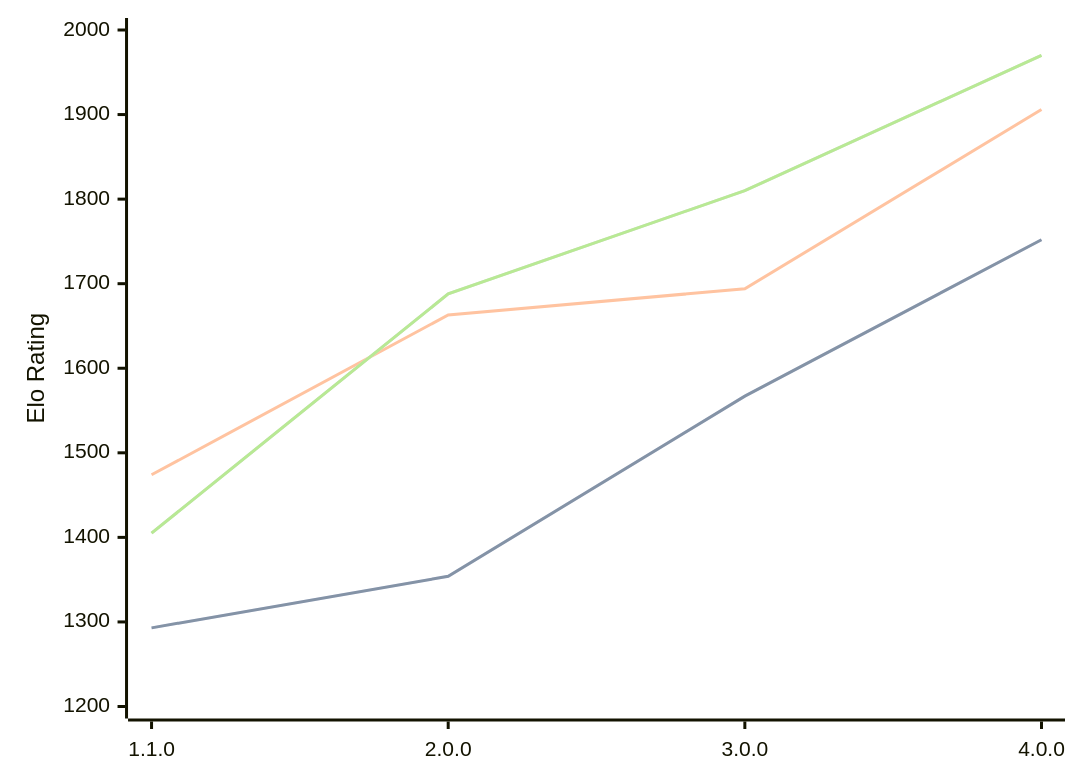
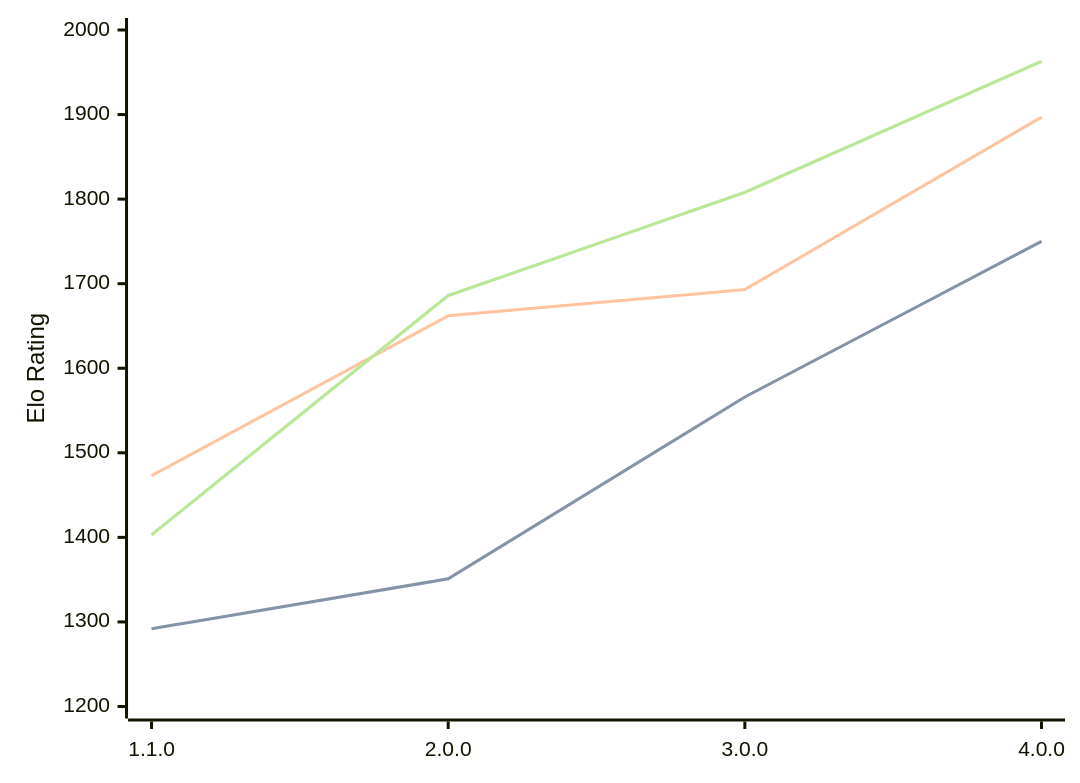
Before and after one commit to computer-chess-index/cci: the diagram in engines/Laura.md, drawn with Mermaid. The commit also changed other lines of this file, not shown here.

Commit message:
Update CCI Ratings (ELO VLTC) - 2026-06-07

````diff
--- a/engines/Laura.md
+++ b/engines/Laura.md
@@ -35,11 +35,11 @@
 ```mermaid
 %%{init: {"theme":"base","themeVariables":{"seriesColors:['#a3a3a3','#222221','#faa371']}}}%%
 xychart-beta
   x-axis ["1.1.0", "2.0.0", "3.0.0", "4.0.0"]
   y-axis "Elo Rating" 1200 --> 2000
-  line "STC (8.0+0.08s)" [1293, 1354, 1567, 1752]
-  line "STC (8.0+0.08s)" [1293, 1354, 1567, 1752]
-  line "LTC (60.0+0.60s)" [1474, 1663, 1694, 1906]
-  line "VLTC (2m24s+1.12s)" [1405, 1688, 1810, 1970]
-  line "VLTC (2m24s+1.12s)" [1405, 1688, 1810, 1970]
+  line "STC (8.0+0.08s)" [1292, 1351, 1566, 1750]
+  line "STC (8.0+0.08s)" [1292, 1351, 1566, 1750]
+  line "LTC (60.0+0.60s)" [1473, 1662, 1693, 1897]
+  line "VLTC (2m24s+1.12s)" [1403, 1686, 1808, 1963]
+  line "VLTC (2m24s+1.12s)" [1403, 1686, 1808, 1963]
 ```
````
